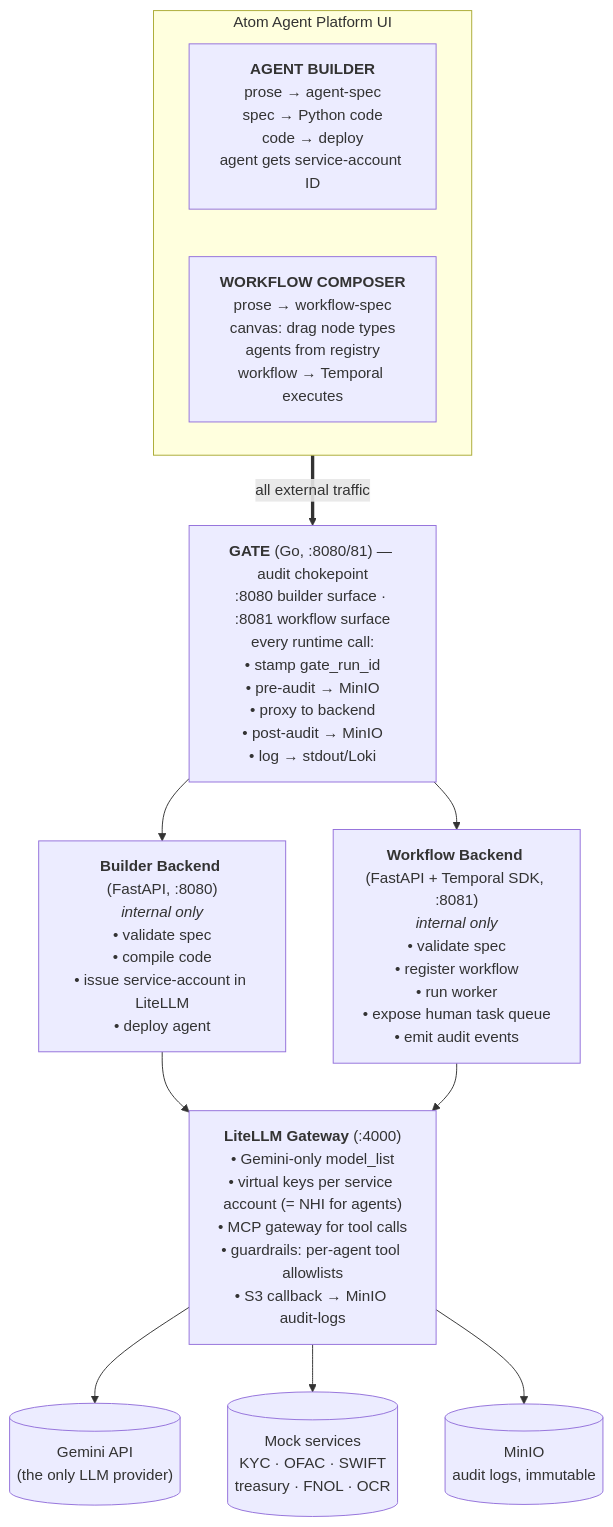
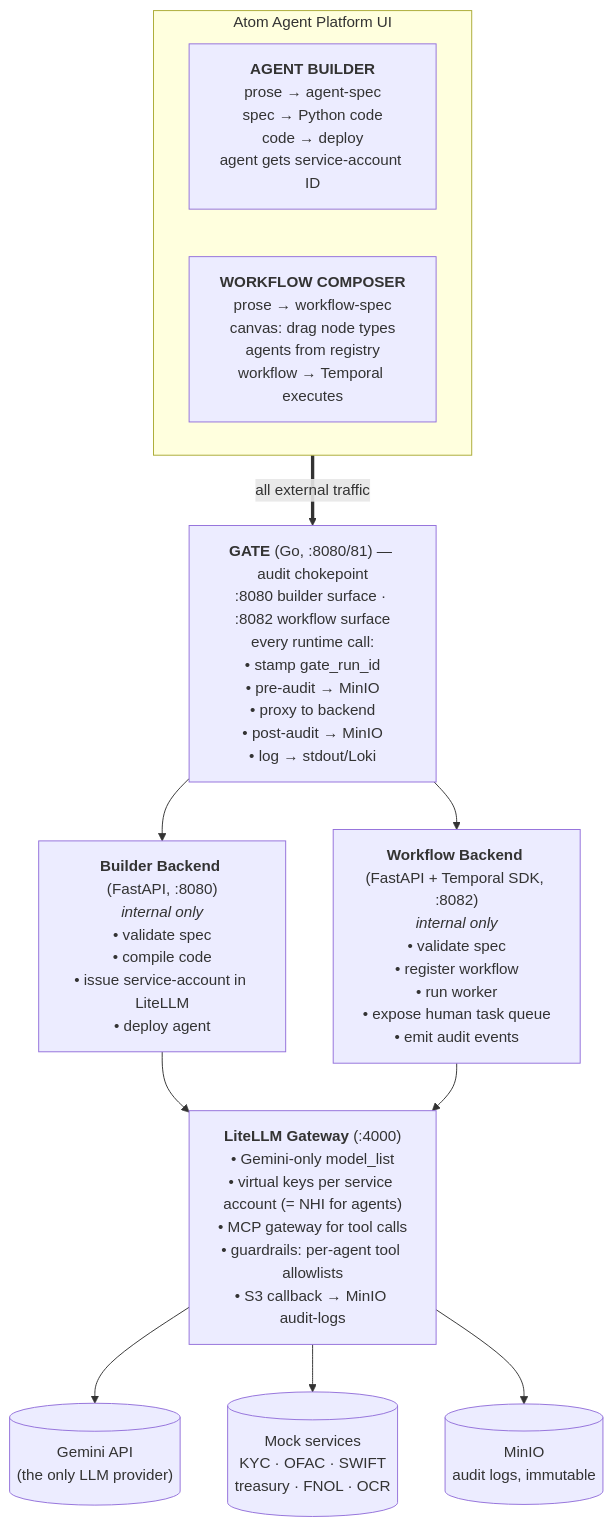
Before and after one commit to shreyasY2k/atom: the first of 4 diagrams in docs/architecture.md, drawn with Mermaid. The commit also changed other lines of this file and 19 other files, not shown here.

````diff
--- a/docs/architecture.md
+++ b/docs/architecture.md
@@ -61,29 +61,29 @@
 ```mermaid
 flowchart TB
     subgraph UI["Atom Agent Platform UI"]
         direction LR
         Builder["<b>AGENT BUILDER</b><br/>prose → agent-spec<br/>spec → Python code<br/>code → deploy<br/>agent gets service-account ID"]
         Composer["<b>WORKFLOW COMPOSER</b><br/>prose → workflow-spec<br/>canvas: drag node types<br/>agents from registry<br/>workflow → Temporal executes"]
     end
 
-    Gate["<b>GATE</b> (Go, :8080/81) — audit chokepoint<br/>:8080 builder surface · :8081 workflow surface<br/>every runtime call:<br/>• stamp gate_run_id<br/>• pre-audit → MinIO<br/>• proxy to backend<br/>• post-audit → MinIO<br/>• log → stdout/Loki"]
+    Gate["<b>GATE</b> (Go, :8080/81) — audit chokepoint<br/>:8080 builder surface · :8082 workflow surface<br/>every runtime call:<br/>• stamp gate_run_id<br/>• pre-audit → MinIO<br/>• proxy to backend<br/>• post-audit → MinIO<br/>• log → stdout/Loki"]
 
     BB["<b>Builder Backend</b> (FastAPI, :8080)<br/><i>internal only</i><br/>• validate spec<br/>• compile code<br/>• issue service-account in LiteLLM<br/>• deploy agent"]
 
-    WB["<b>Workflow Backend</b> (FastAPI + Temporal SDK, :8081)<br/><i>internal only</i><br/>• validate spec<br/>• register workflow<br/>• run worker<br/>• expose human task queue<br/>• emit audit events"]
+    WB["<b>Workflow Backend</b> (FastAPI + Temporal SDK, :8082)<br/><i>internal only</i><br/>• validate spec<br/>• register workflow<br/>• run worker<br/>• expose human task queue<br/>• emit audit events"]
 
     LiteLLM["<b>LiteLLM Gateway</b> (:4000)<br/>• Gemini-only model_list<br/>• virtual keys per service account (= NHI for agents)<br/>• MCP gateway for tool calls<br/>• guardrails: per-agent tool allowlists<br/>• S3 callback → MinIO audit-logs"]
 
     Gemini[("Gemini API<br/>(the only LLM provider)")]
     Mocks[("Mock services<br/>KYC · OFAC · SWIFT<br/>treasury · FNOL · OCR")]
     MinIO[("MinIO<br/>audit logs, immutable")]
 
     UI ==>|all external traffic| Gate
     Gate --> BB
     Gate --> WB
     BB --> LiteLLM
     WB --> LiteLLM
     LiteLLM --> Gemini
     LiteLLM --> Mocks
     LiteLLM --> MinIO
 ```
````
